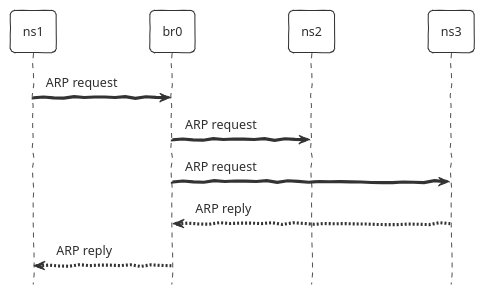
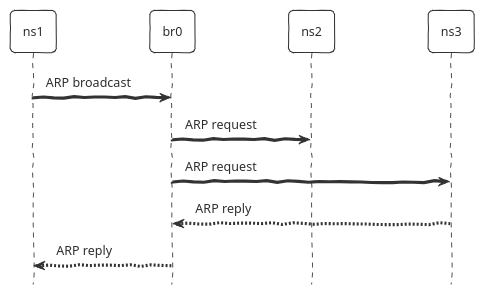
One commit to thachmpham/thachmpham.github.io changed the second of 2 diagrams in md/arp.md. Above: the diagram before and after it, drawn with PlantUML. The commit also changed other lines of this file and 1 other file, not shown here.

````diff
--- a/md/arp.md
+++ b/md/arp.md
@@ -133,19 +136,19 @@
 ```plantuml
 @startuml
 hide footbox
 !theme sketchy-outline
 
 participant ns1
 participant br0
 participant ns2
 participant ns3
 
-ns1 -> br0: ARP request
+ns1 -> br0: ARP broadcast
 br0 -> ns2: ARP request
 br0 -> ns3: ARP request
 
 ns3 --> br0: ARP reply
 br0 --> ns1: ARP reply
 
 @enduml
 ```
````
